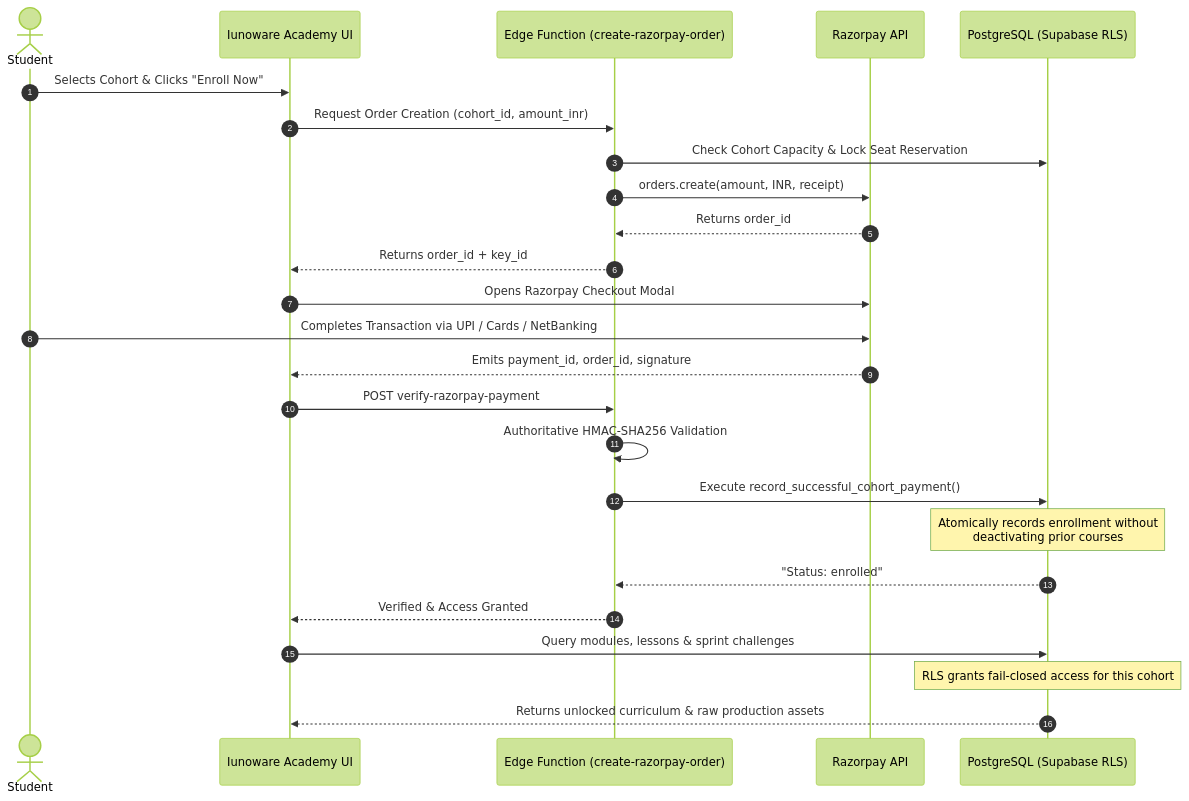
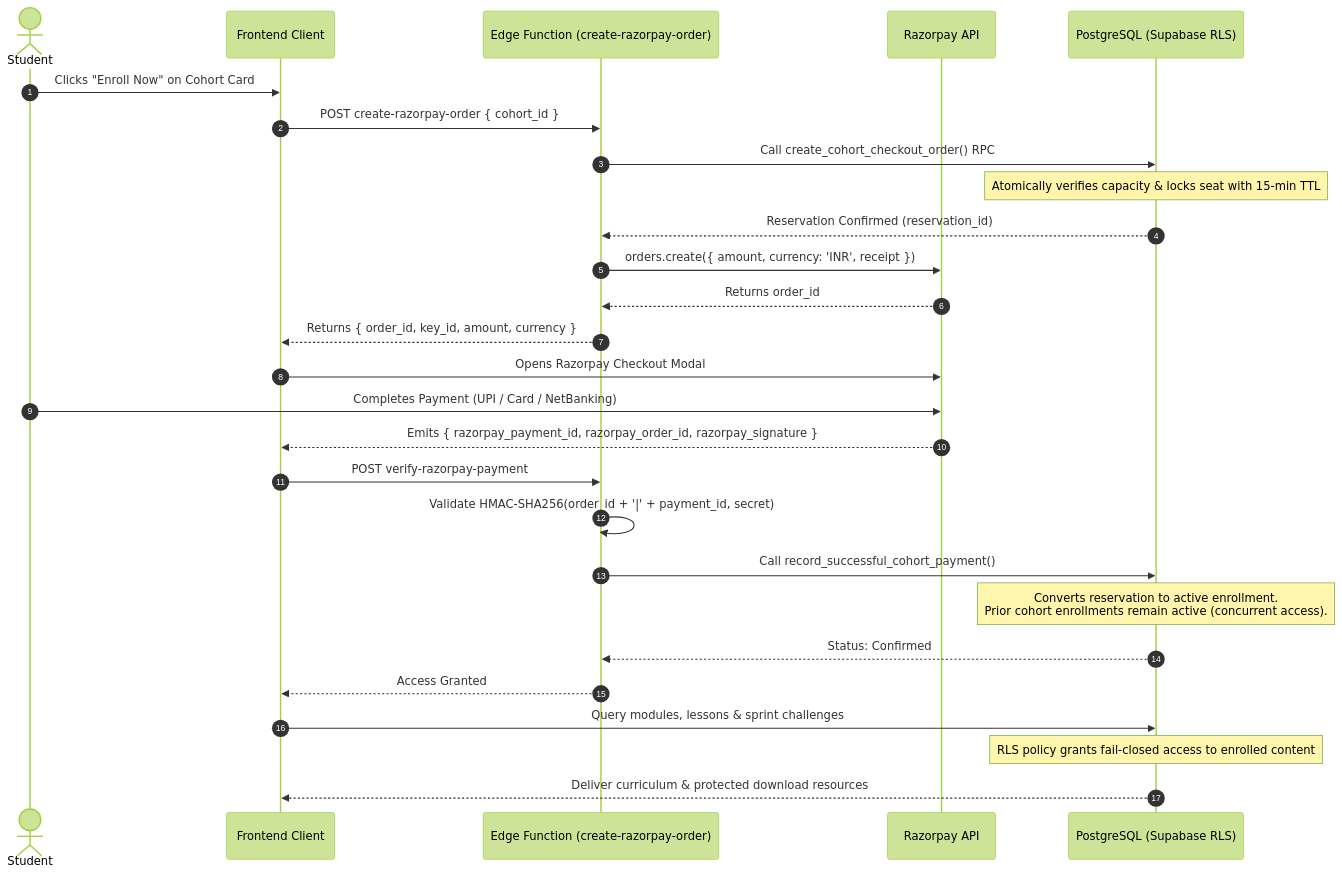
The third of 5 diagrams in README.md (Ramanan1711/video-editing-cohort-platform), drawn with Mermaid (forest theme) before and after one commit. The commit also changed other lines of this file, not shown here.

````diff
--- a/README.md
+++ b/README.md
@@ -166,31 +193,33 @@
 ```mermaid
 sequenceDiagram
     autonumber
     actor Student
-    participant UI as Iunoware Academy UI
+    participant Client as Frontend Client
     participant Edge as Edge Function (create-razorpay-order)
     participant Razorpay as Razorpay API
     participant DB as PostgreSQL (Supabase RLS)
 
-    Student->>UI: Selects Cohort & Clicks "Enroll Now"
-    UI->>Edge: Request Order Creation (cohort_id, amount_inr)
-    Edge->>DB: Check Cohort Capacity & Lock Seat Reservation
-    Edge->>Razorpay: orders.create(amount, INR, receipt)
+    Student->>Client: Clicks "Enroll Now" on Cohort Card
+    Client->>Edge: POST create-razorpay-order { cohort_id }
+    Edge->>DB: Call create_cohort_checkout_order() RPC
+    Note over DB: Atomically verifies capacity & locks seat with 15-min TTL
+    DB-->>Edge: Reservation Confirmed (reservation_id)
+    Edge->>Razorpay: orders.create({ amount, currency: 'INR', receipt })
     Razorpay-->>Edge: Returns order_id
-    Edge-->>UI: Returns order_id + key_id
+    Edge-->>Client: Returns { order_id, key_id, amount, currency }
 
-    UI->>Razorpay: Opens Razorpay Checkout Modal
-    Student->>Razorpay: Completes Transaction via UPI / Cards / NetBanking
-    Razorpay-->>UI: Emits payment_id, order_id, signature
+    Client->>Razorpay: Opens Razorpay Checkout Modal
+    Student->>Razorpay: Completes Payment (UPI / Card / NetBanking)
+    Razorpay-->>Client: Emits { razorpay_payment_id, razorpay_order_id, razorpay_signature }
 
-    UI->>Edge: POST verify-razorpay-payment
-    Edge->>Edge: Authoritative HMAC-SHA256 Validation
-    Edge->>DB: Execute record_successful_cohort_payment()
-    Note over DB: Atomically records enrollment without<br/>deactivating prior courses
-    DB-->>Edge: "Status: enrolled"
-    Edge-->>UI: Verified & Access Granted
+    Client->>Edge: POST verify-razorpay-payment
+    Edge->>Edge: Validate HMAC-SHA256(order_id + '|' + payment_id, secret)
+    Edge->>DB: Call record_successful_cohort_payment()
+    Note over DB: Converts reservation to active enrollment.<br/>Prior cohort enrollments remain active (concurrent access).
+    DB-->>Edge: Status: Confirmed
+    Edge-->>Client: Access Granted
 
-    UI->>DB: Query modules, lessons & sprint challenges
-    Note over DB: RLS grants fail-closed access for this cohort
-    DB-->>UI: Returns unlocked curriculum & raw production assets
+    Client->>DB: Query modules, lessons & sprint challenges
+    Note over DB: RLS policy grants fail-closed access to enrolled content
+    DB-->>Client: Deliver curriculum & protected download resources
 ```
````
